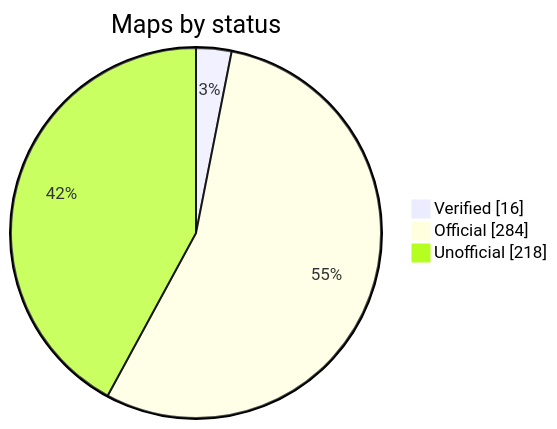
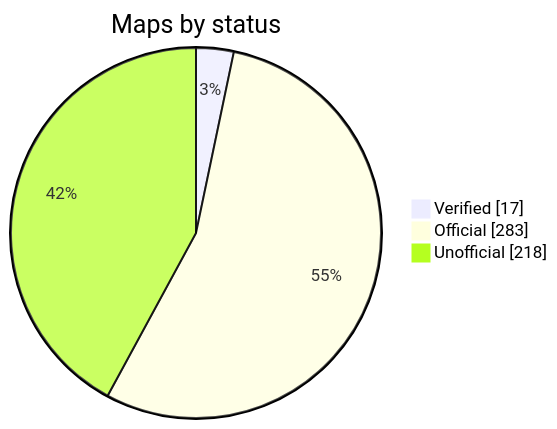
Before and after one commit to nobrega8/mbmap-library: the diagram in README.md, drawn with Mermaid. The commit also changed 5 other files, not shown here.

````diff
--- a/README.md
+++ b/README.md
@@ -52,7 +52,7 @@
 ```mermaid
 pie showData
     title Maps by status
-    "Verified" : 16
-    "Official" : 284
+    "Verified" : 17
+    "Official" : 283
     "Unofficial" : 218
 ```
````
